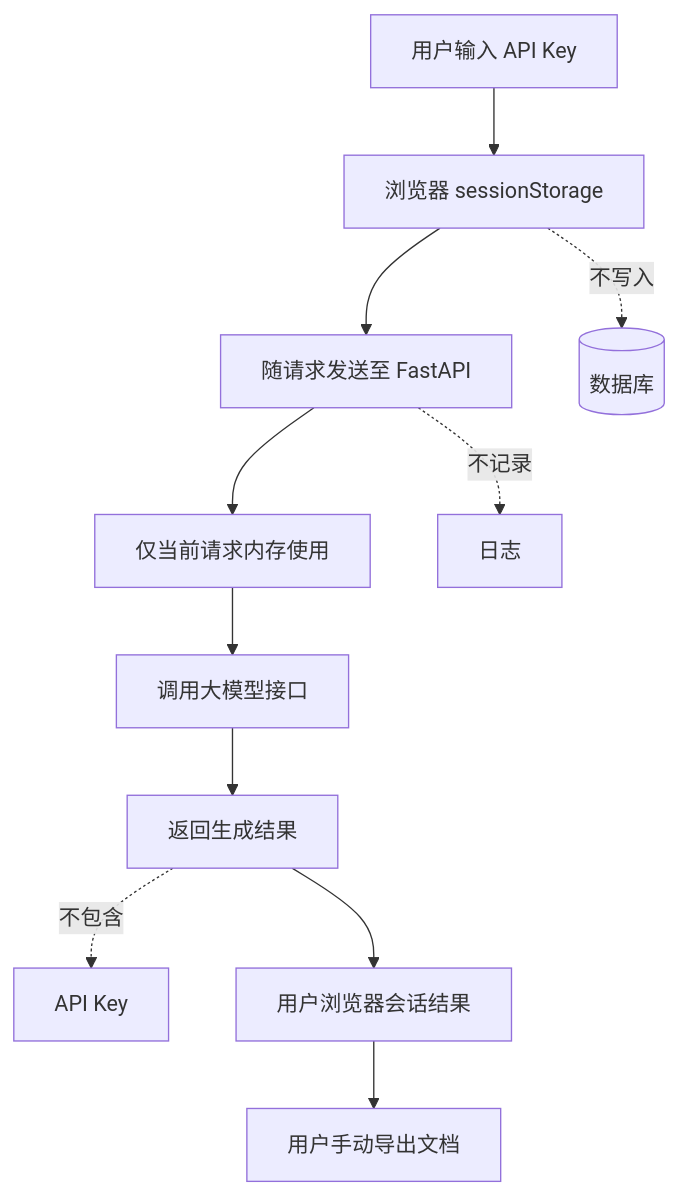
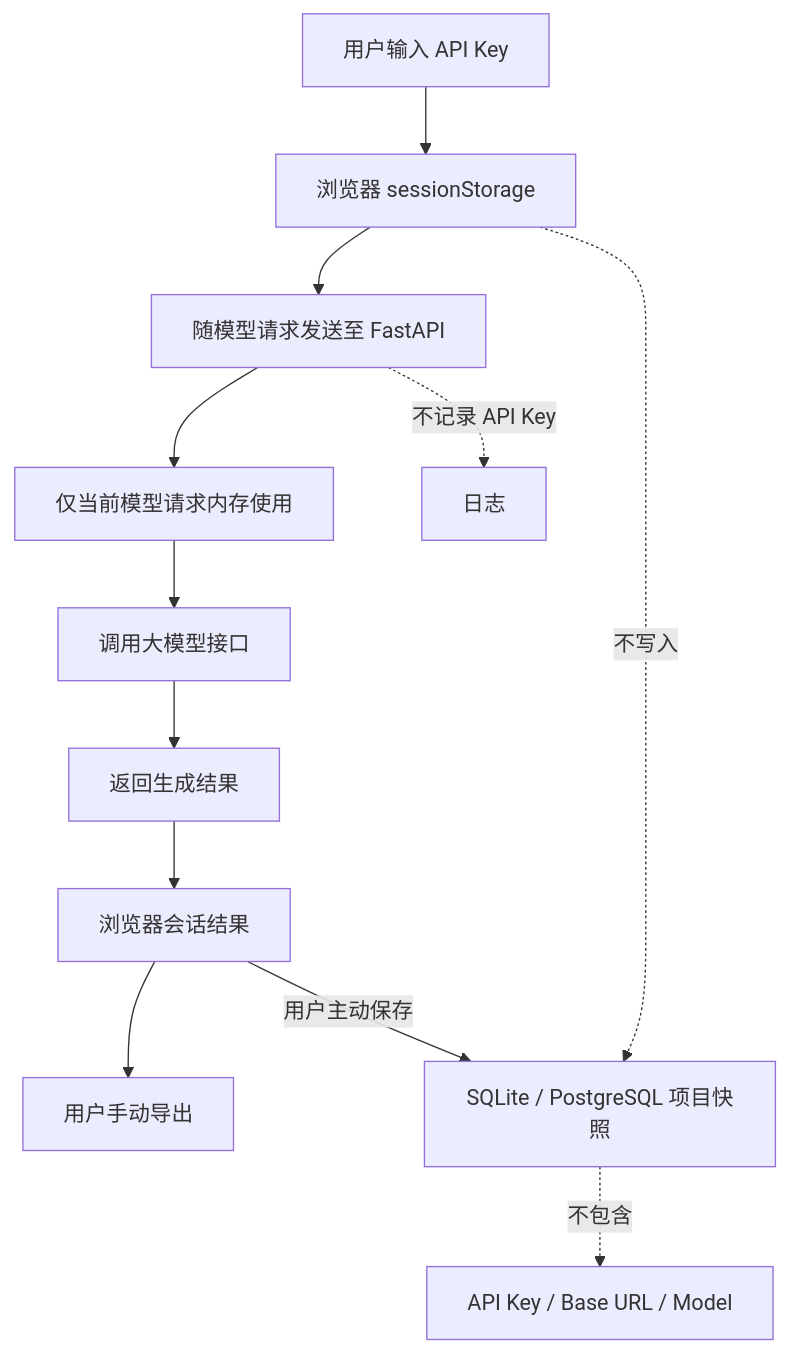
Before and after one commit to liqinglq666/zhilink-tianhe-enterprise-ai-workspace: the fourth of 7 diagrams in README.md, drawn with Mermaid. The commit also changed other lines of this file, not shown here.

````diff
--- a/README.md
+++ b/README.md
@@ -338,14 +362,15 @@
 ```mermaid
 flowchart TD
     A[用户输入 API Key] --> B[浏览器 sessionStorage]
-    B --> C[随请求发送至 FastAPI]
-    C --> D[仅当前请求内存使用]
+    B --> C[随模型请求发送至 FastAPI]
+    C --> D[仅当前模型请求内存使用]
     D --> E[调用大模型接口]
     E --> F[返回生成结果]
+    F --> G[浏览器会话结果]
+    G --> H[用户手动导出]
+    G -->|用户主动保存| P[SQLite / PostgreSQL 项目快照]
 
-    B -.不写入.-> DB[(数据库)]
-    C -.不记录.-> Log[日志]
-    F -.不包含.-> Key[API Key]
-    F --> G[用户浏览器会话结果]
-    G --> H[用户手动导出文档]
+    B -.不写入.-> P
+    C -.不记录 API Key.-> Log[日志]
+    P -.不包含.-> Key[API Key / Base URL / Model]
 ```
````
